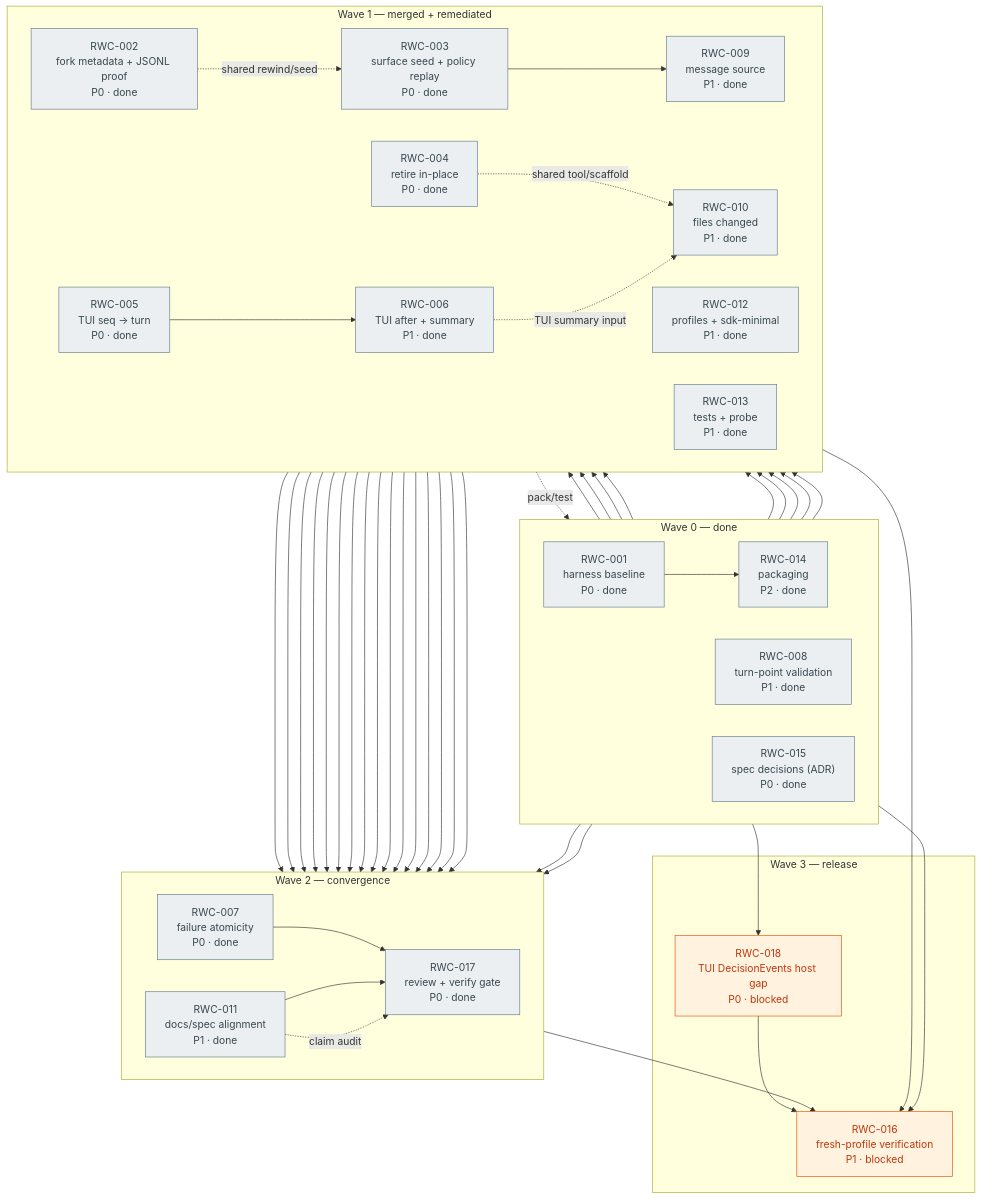
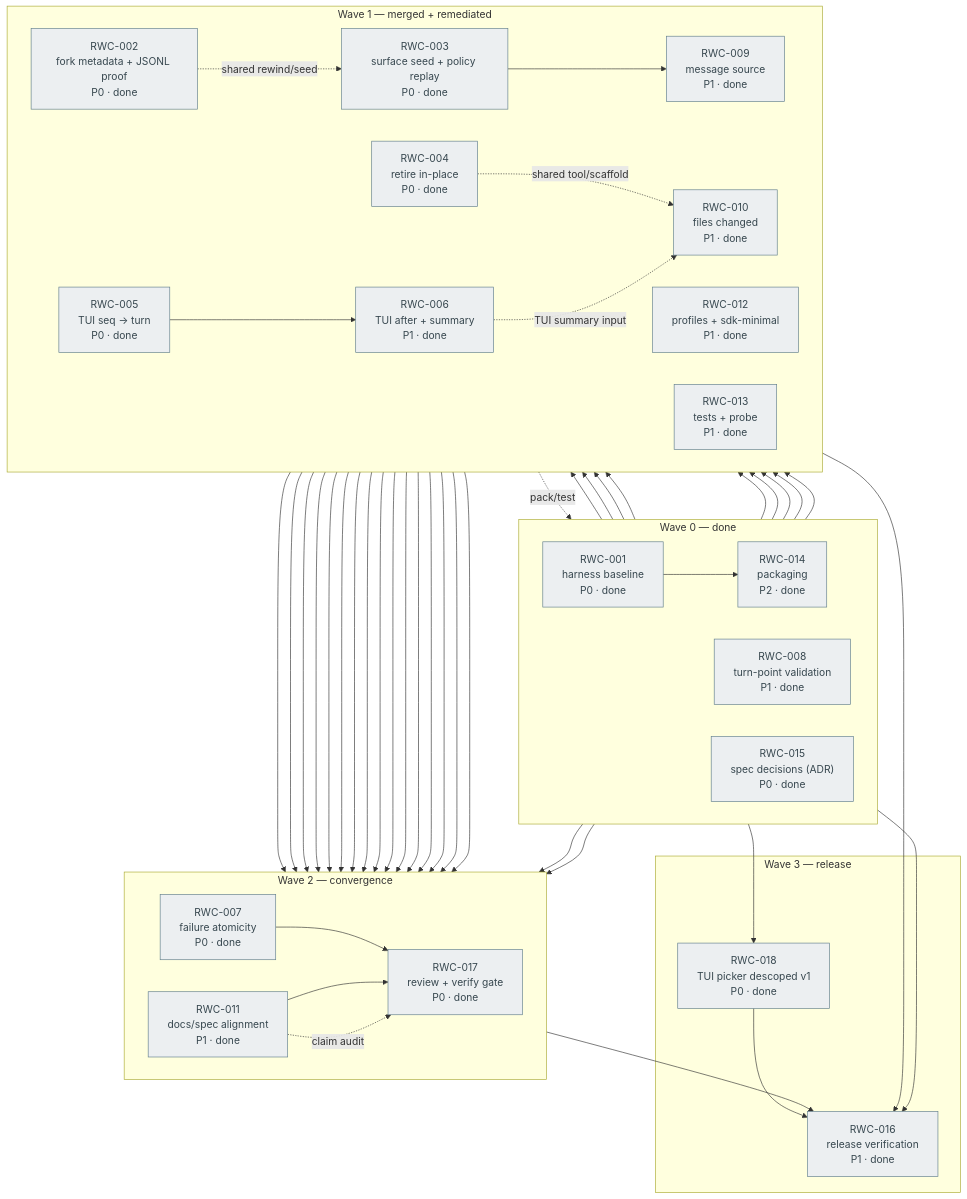
Before and after one commit to shayanrc/dsh-rewind-compact: the diagram in docs/tickets/dependencies.mmd, drawn with Mermaid. The commit also changed 18 other files, not shown here.

Commit message:
Descope TUI picker for v1; close RWC-016/018 release

```diff
--- a/docs/tickets/dependencies.mmd
+++ b/docs/tickets/dependencies.mmd
@@ -1,96 +1,96 @@
 %% rewind-compact ticket dependency graph (2026-10-27, post-review)
 %% Solid arrow = hard prerequisite. Dotted arrow = coordination / shared files.
 %% Green = open/in-progress, orange = blocked, blue = decision, grey = done.
 %% RWC-017 is green: every changed ticket passed independent review + verify.
 %% RWC-016 is the remaining release gate.
 flowchart TB
   classDef open fill:#E8F5E9,stroke:#2E7D32,color:#1B5E20
   classDef progress fill:#FFFDE7,stroke:#F9A825,color:#795548
   classDef blocked fill:#FFF3E0,stroke:#E65100,color:#BF360C
   classDef decision fill:#E3F2FD,stroke:#1565C0,color:#0D47A1
   classDef continuous fill:#F3E5F5,stroke:#6A1B9A,color:#4A148C,stroke-dasharray: 4 2
   classDef done fill:#ECEFF1,stroke:#607D8B,color:#37474F
 
   subgraph w0["Wave 0 — done"]
     direction LR
     t001["RWC-001<br/>harness baseline<br/>P0 · done"]:::done
     t008["RWC-008<br/>turn-point validation<br/>P1 · done"]:::done
     t015["RWC-015<br/>spec decisions (ADR)<br/>P0 · done"]:::done
     t014["RWC-014<br/>packaging<br/>P2 · done"]:::done
   end
 
   subgraph w1["Wave 1 — merged + remediated"]
     direction LR
     t002["RWC-002<br/>fork metadata + JSONL proof<br/>P0 · done"]:::done
     t003["RWC-003<br/>surface seed + policy replay<br/>P0 · done"]:::done
     t004["RWC-004<br/>retire in-place<br/>P0 · done"]:::done
     t005["RWC-005<br/>TUI seq → turn<br/>P0 · done"]:::done
     t006["RWC-006<br/>TUI after + summary<br/>P1 · done"]:::done
     t009["RWC-009<br/>message source<br/>P1 · done"]:::done
     t010["RWC-010<br/>files changed<br/>P1 · done"]:::done
     t012["RWC-012<br/>profiles + sdk-minimal<br/>P1 · done"]:::done
     t013["RWC-013<br/>tests + probe<br/>P1 · done"]:::done
   end
 
   subgraph w2["Wave 2 — convergence"]
     direction LR
     t007["RWC-007<br/>failure atomicity<br/>P0 · done"]:::done
     t011["RWC-011<br/>docs/spec alignment<br/>P1 · done"]:::done
     t017["RWC-017<br/>review + verify gate<br/>P0 · done"]:::done
   end
 
   subgraph w3["Wave 3 — release"]
-    t018["RWC-018<br/>TUI DecisionEvents host gap<br/>P0 · blocked"]:::blocked
-    t016["RWC-016<br/>fresh-profile verification<br/>P1 · blocked"]:::blocked
+    t018["RWC-018<br/>TUI picker descoped v1<br/>P0 · done"]:::done
+    t016["RWC-016<br/>release verification<br/>P1 · done"]:::done
   end
 
   %% hard prerequisites
   t001 --> t002
   t001 --> t003
   t001 --> t004
   t001 --> t005
   t001 --> t010
   t001 --> t012
   t001 --> t013
   t001 --> t014
 
   t015 --> t004
   t015 --> t006
   t015 --> t011
 
   t005 --> t006
   t003 --> t009
   t004 --> t007
   t006 --> t007
 
   t002 --> t011
   t003 --> t011
   t004 --> t011
   t005 --> t011
   t006 --> t011
 
   t002 --> t017
   t003 --> t017
   t004 --> t017
   t005 --> t017
   t006 --> t017
   t007 --> t017
   t009 --> t017
   t010 --> t017
   t011 --> t017
   t012 --> t017
   t013 --> t017
   t014 --> t017
 
   t013 --> t016
   t014 --> t016
   t015 --> t018
   t018 --> t016
   t017 --> t016
 
   %% coordination / shared files (no precedence implied)
   t002 -.->|shared rewind/seed| t003
   t004 -.->|shared tool/scaffold| t010
   t006 -.->|TUI summary input| t010
   t013 -.->|pack/test| t014
   t011 -.->|claim audit| t017
```
